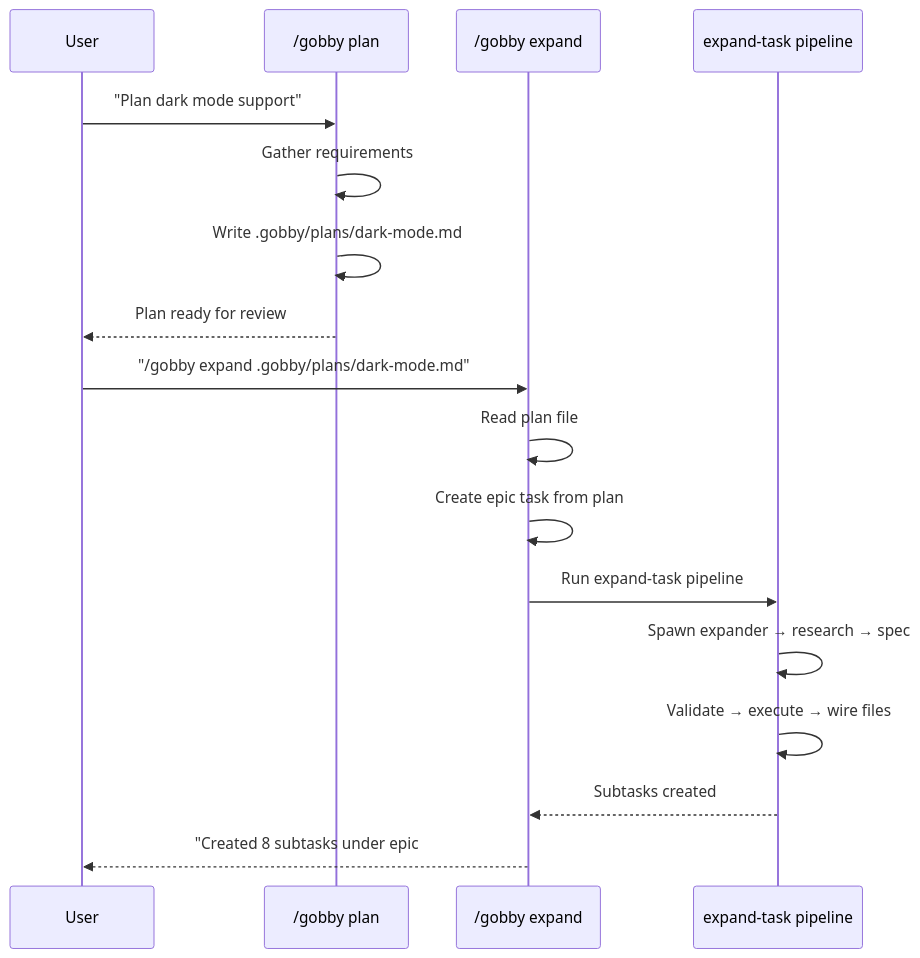
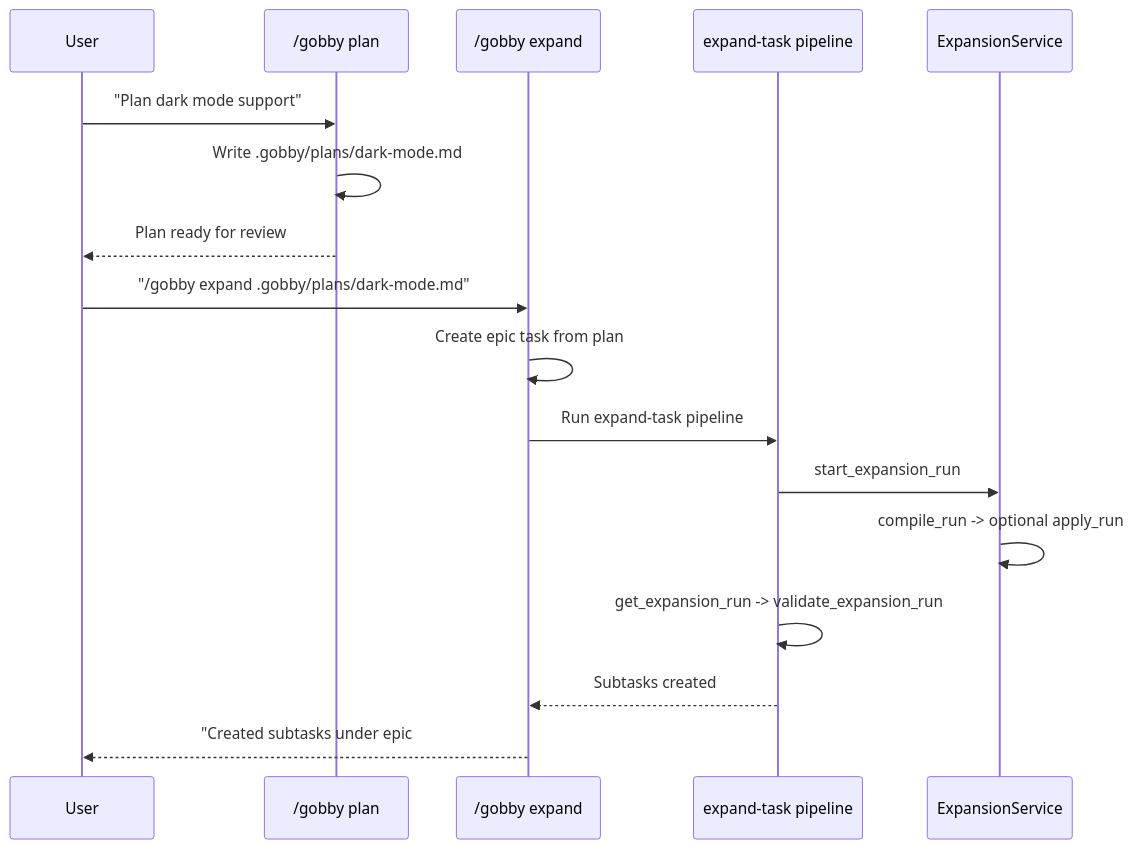
Before and after one commit to GobbyAI/gobby: the second of 2 diagrams in docs/guides/task-expansion.md, drawn with Mermaid. The commit also changed other lines of this file and 8 other files, not shown here.

````diff
--- a/docs/guides/task-expansion.md
+++ b/docs/guides/task-expansion.md
@@ -192,21 +170,21 @@
 ```mermaid
 sequenceDiagram
     participant U as User
     participant P as /gobby plan
     participant E as /gobby expand
     participant EP as expand-task pipeline
+    participant XS as ExpansionService
 
     U->>P: "Plan dark mode support"
-    P->>P: Gather requirements
     P->>P: Write .gobby/plans/dark-mode.md
     P-->>U: Plan ready for review
 
     U->>E: "/gobby expand .gobby/plans/dark-mode.md"
-    E->>E: Read plan file
     E->>E: Create epic task from plan
     E->>EP: Run expand-task pipeline
-    EP->>EP: Spawn expander → research → spec
-    EP->>EP: Validate → execute → wire files
+    EP->>XS: start_expansion_run
+    XS->>XS: compile_run -> optional apply_run
+    EP->>EP: get_expansion_run -> validate_expansion_run
     EP-->>E: Subtasks created
-    E-->>U: "Created 8 subtasks under epic #42"
+    E-->>U: "Created subtasks under epic #42"
 ```
````
